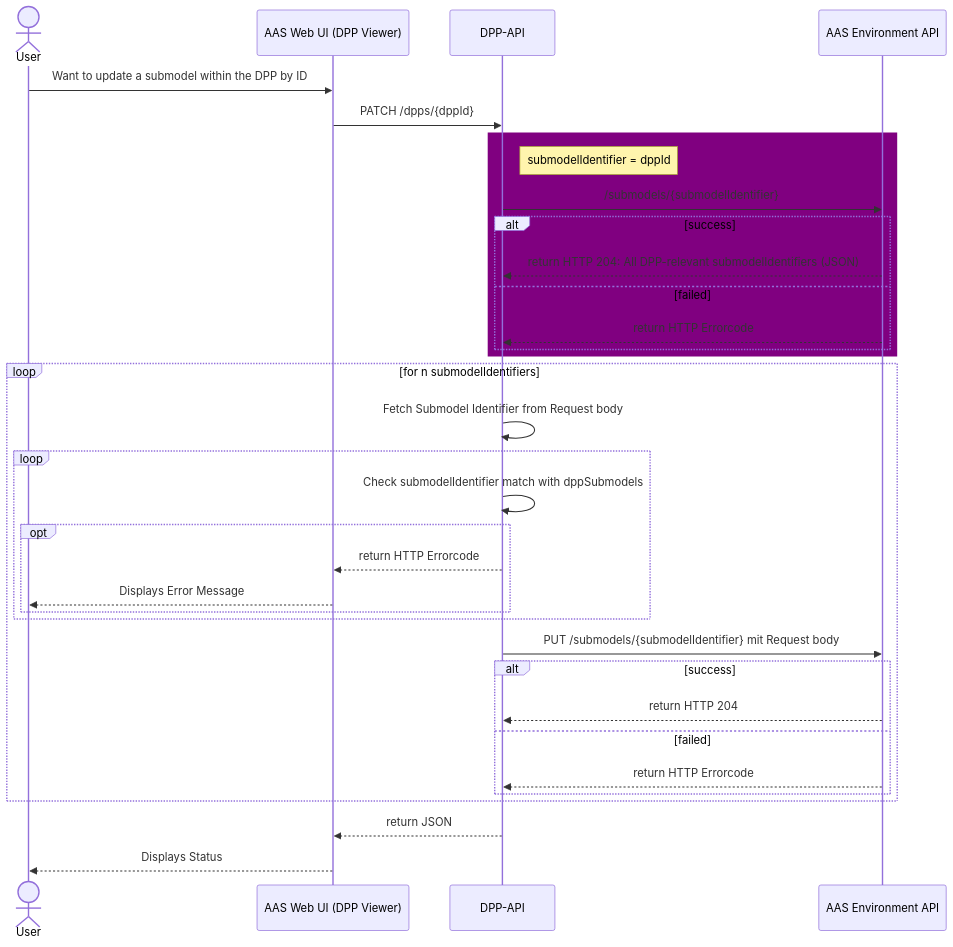
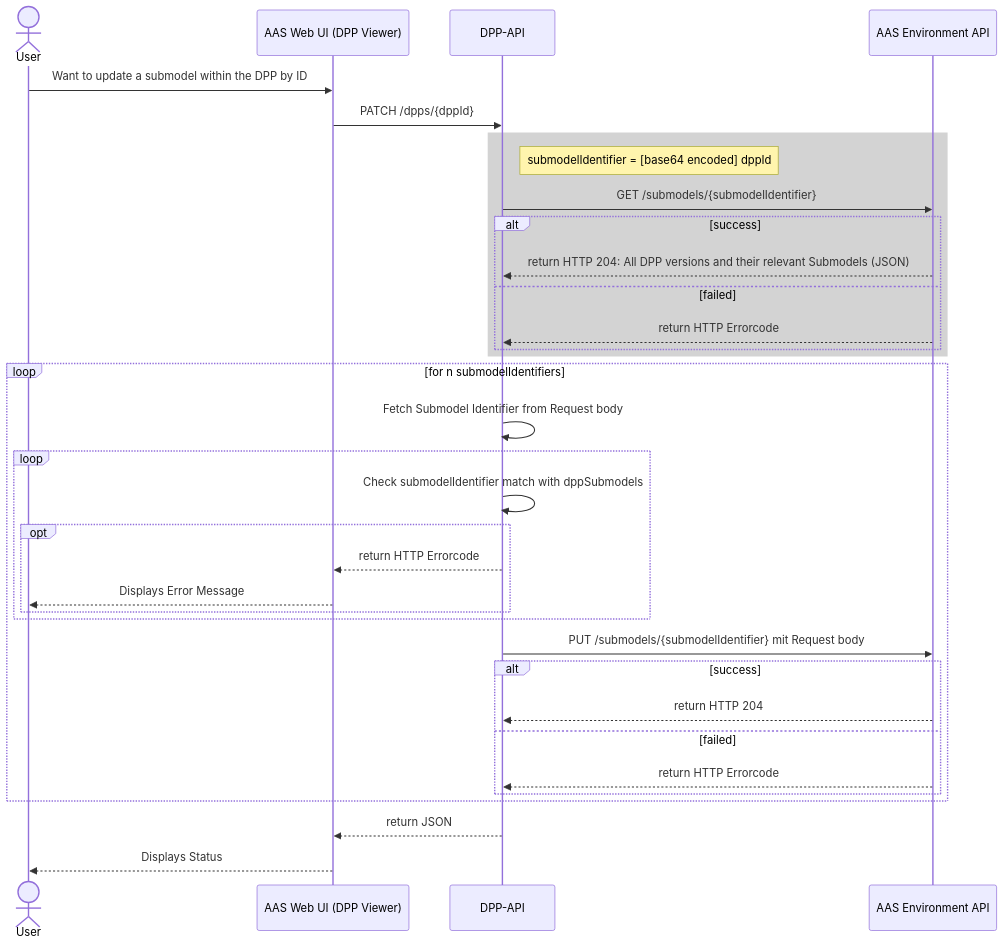
The third of 8 diagrams in PROJECT/SAS/mapping.md (DHBW-TINF24F/Team6-BaSyx-DPP-API), drawn with Mermaid before and after one commit.

Commit message:
minor fixes – PATCH /dpps/

````diff
--- a/PROJECT/SAS/mapping.md
+++ b/PROJECT/SAS/mapping.md
@@ -107,44 +107,44 @@
 ```mermaid
 sequenceDiagram
   actor User
   participant Web as AAS Web UI (DPP Viewer)
   participant API as DPP-API
   participant Env as AAS Environment API
 
   User->>Web: Want to update a submodel within the DPP by ID
   Web->>API: PATCH /dpps/{dppId}
 
-  rect purple
-    Note right of API: submodelIdentifier = dppId
-    API->>Env: /submodels/{submodelIdentifier}
+  rect lightgray
+    Note right of API: submodelIdentifier = [base64 encoded] dppId
+    API->>Env: GET /submodels/{submodelIdentifier}
     alt success
-        Env-->>API: return HTTP 204: All DPP-relevant submodelIdentifiers (JSON)
+        Env-->>API: return HTTP 204: All DPP versions and their relevant Submodels (JSON)
     else failed
         Env-->>API: return HTTP Errorcode
     end
   end
 
   loop for n submodelIdentifiers
     API->>API: Fetch Submodel Identifier from Request body
 
     loop
         API->>API: Check submodelIdentifier match with dppSubmodels
 
         opt
             API-->>Web: return HTTP Errorcode
             Web-->>User: Displays Error Message
         end
     end
 
     API->>Env: PUT /submodels/{submodelIdentifier} mit Request body
     
     alt success
         Env-->>API: return HTTP 204
     else failed
         Env-->>API: return HTTP Errorcode
     end
   end
   
   API-->>Web: return JSON
   Web-->>User: Displays Status
 ```
````
